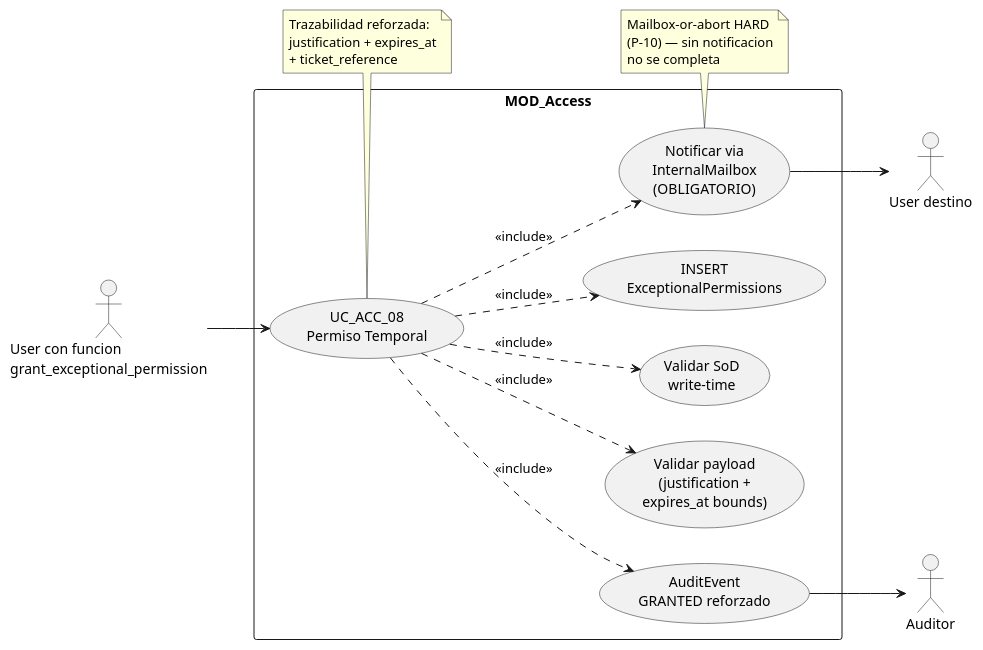
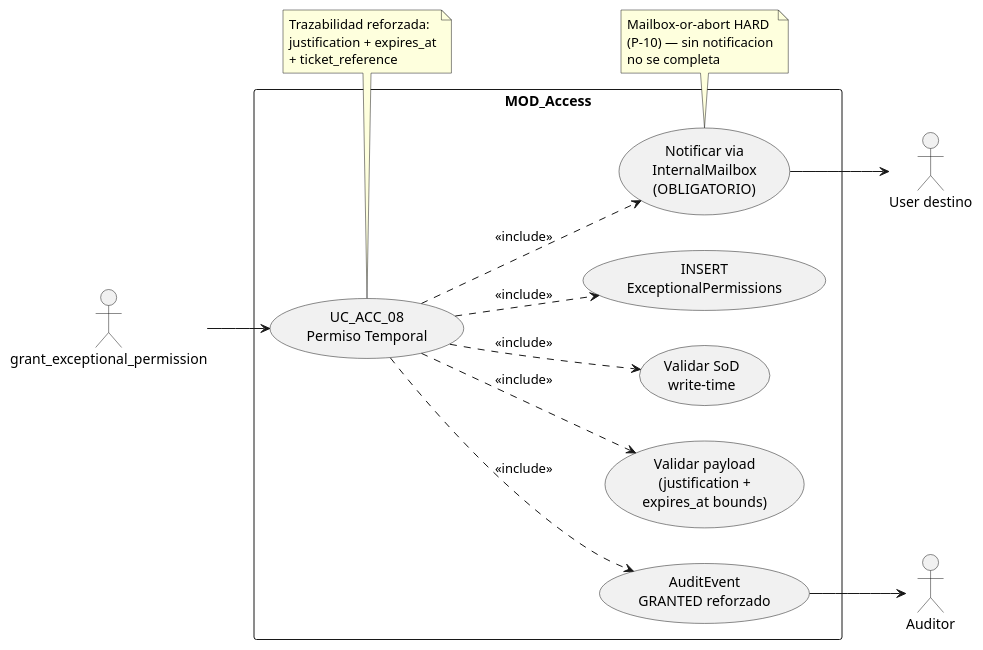
One commit to jcg-admin/IACT-docs changed the first of 4 diagrams in source/requisitos/casos-uso/access/uc-acc-08/diagramas-uml.rst. Above: the diagram before and after it, drawn with PlantUML. The commit also changed 77 other files, not shown here.

First line of the commit message:
Enforce RBAC function names as actors in all UML diagrams

```diff
--- a/source/requisitos/casos-uso/access/uc-acc-08/diagramas-uml.rst
+++ b/source/requisitos/casos-uso/access/uc-acc-08/diagramas-uml.rst
@@ -10,40 +10,40 @@
 .. uml::
  :caption: UC_ACC_08 — actores y casos asociados
 
  @startuml
  left to right direction
 
- actor "User con funcion\ngrant_exceptional_permission" as INVOKER
+ actor "grant_exceptional_permission" as INVOKER
  actor "User destino" as TARGET
  actor "Auditor" as AUD
 
  rectangle "MOD_Access" {
    usecase "UC_ACC_08\nPermiso Temporal" as UC08
    usecase "Validar payload\n(justification +\nexpires_at bounds)" as VPL
    usecase "Validar SoD\nwrite-time" as VSOD
    usecase "INSERT\nExceptionalPermissions" as INS
    usecase "Notificar via\nInternalMailbox\n(OBLIGATORIO)" as NOT
    usecase "AuditEvent\nGRANTED reforzado" as EMI
  }
 
  INVOKER --> UC08
  UC08 ..> VPL : <<include>>
  UC08 ..> VSOD : <<include>>
  UC08 ..> INS : <<include>>
  UC08 ..> NOT : <<include>>
  UC08 ..> EMI : <<include>>
  NOT --> TARGET
  EMI --> AUD
 
  note bottom of NOT
    Mailbox-or-abort HARD
    (P-10) — sin notificacion
    no se completa
  end note
  note bottom of UC08
    Trazabilidad reforzada:
    justification + expires_at
    + ticket_reference
  end note
 
  @enduml
```
